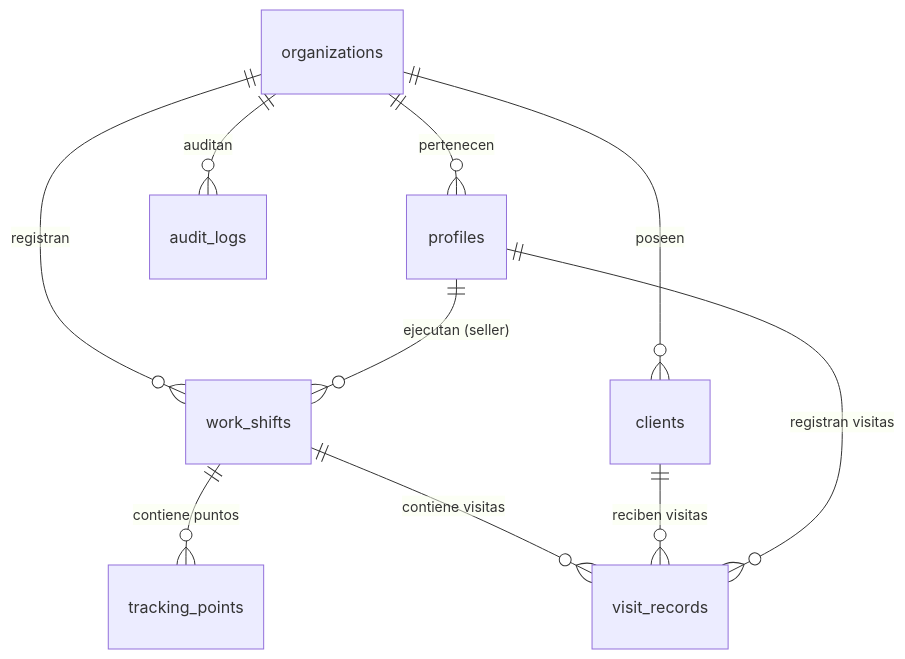
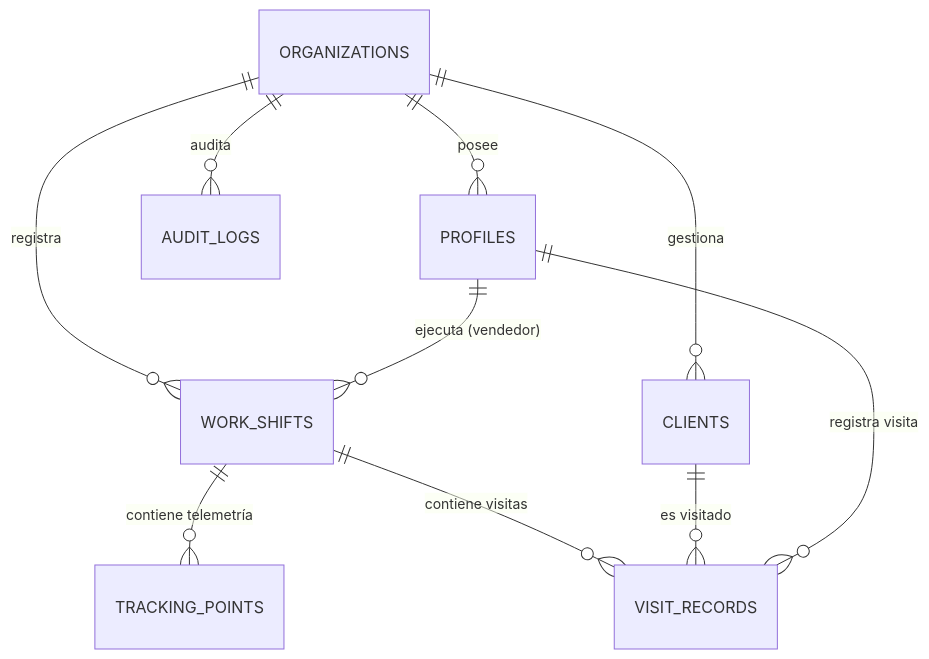
One commit to XLN-GLR/Routrack changed the third of 3 diagrams in docs/ARCHITECTURE.md. Above: the diagram before and after it, drawn with Mermaid. The commit also changed other lines of this file and 14 other files, not shown here.

````diff
--- a/docs/ARCHITECTURE.md
+++ b/docs/ARCHITECTURE.md
@@ -309,12 +196,12 @@
 ```mermaid
 erDiagram
-    organizations ||--o{ profiles : "pertenecen"
-    organizations ||--o{ clients : "poseen"
-    organizations ||--o{ work_shifts : "registran"
-    organizations ||--o{ audit_logs : "auditan"
-    profiles ||--o{ work_shifts : "ejecutan (seller)"
-    work_shifts ||--o{ tracking_points : "contiene puntos"
-    work_shifts ||--o{ visit_records : "contiene visitas"
-    clients ||--o{ visit_records : "reciben visitas"
-    profiles ||--o{ visit_records : "registran visitas"
+    ORGANIZATIONS ||--o{ PROFILES : "posee"
+    ORGANIZATIONS ||--o{ CLIENTS : "gestiona"
+    ORGANIZATIONS ||--o{ WORK_SHIFTS : "registra"
+    ORGANIZATIONS ||--o{ AUDIT_LOGS : "audita"
+    PROFILES ||--o{ WORK_SHIFTS : "ejecuta (vendedor)"
+    WORK_SHIFTS ||--o{ TRACKING_POINTS : "contiene telemetría"
+    WORK_SHIFTS ||--o{ VISIT_RECORDS : "contiene visitas"
+    CLIENTS ||--o{ VISIT_RECORDS : "es visitado"
+    PROFILES ||--o{ VISIT_RECORDS : "registra visita"
 ```
````
